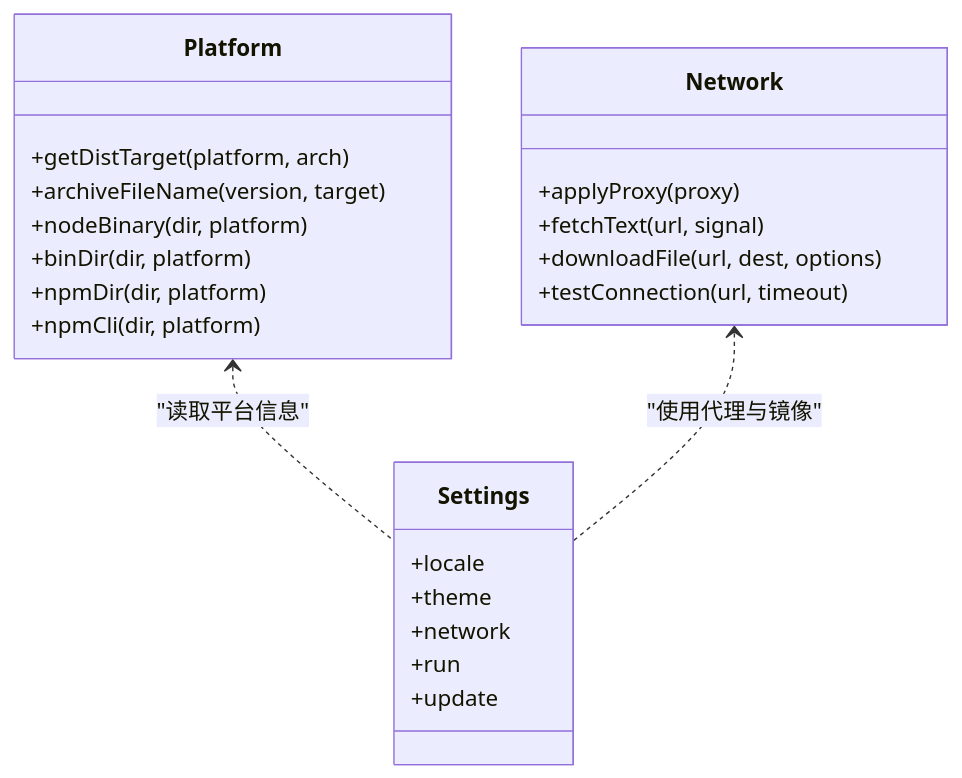
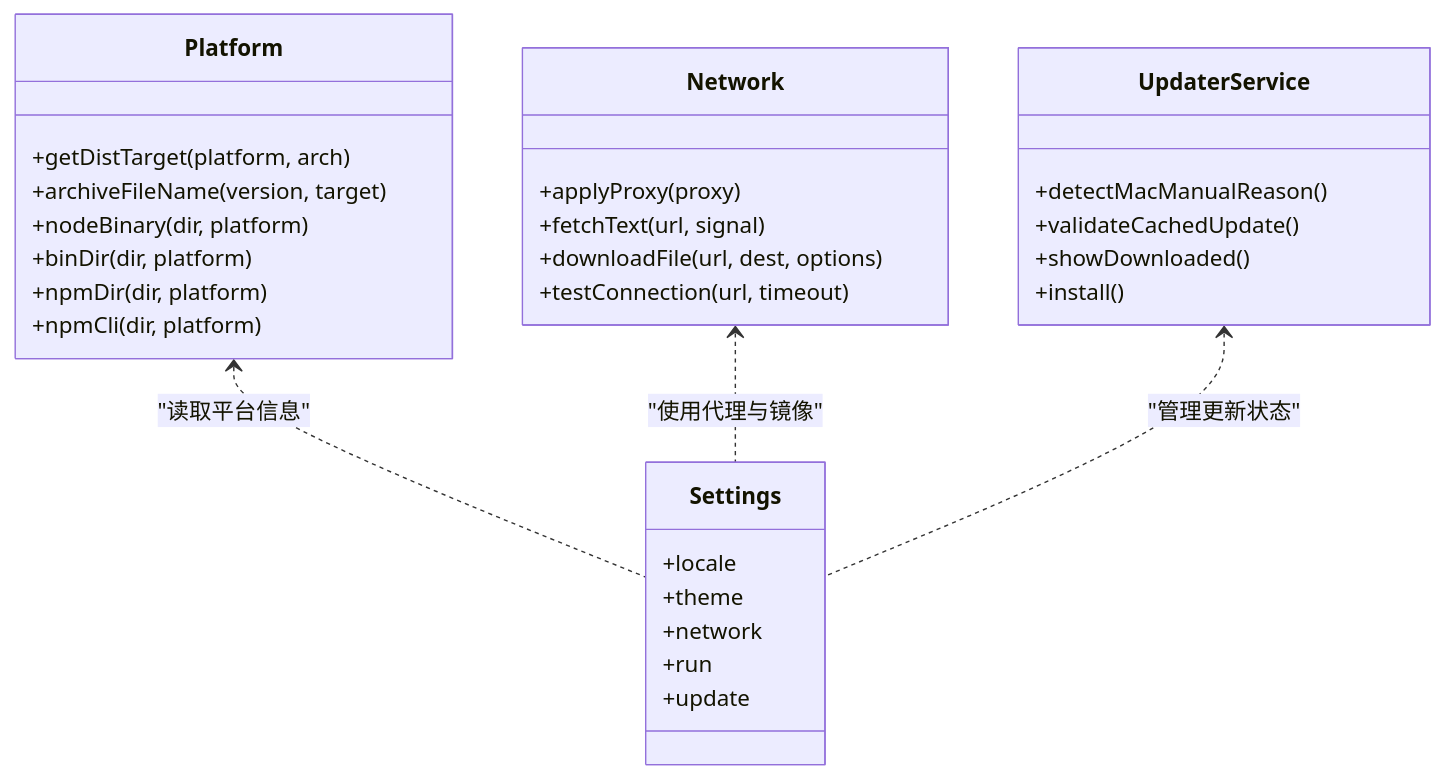
Before and after one commit to hozeeee/script-box: the fifth of 5 diagrams in .qoder/repowiki/zh/content/项目概述/系统要求与支持平台.md, drawn with Mermaid. The commit also changed other lines of this file and 5 other files, not shown here.

````diff
--- a/.qoder/repowiki/zh/content/项目概述/系统要求与支持平台.md
+++ b/.qoder/repowiki/zh/content/项目概述/系统要求与支持平台.md
@@ -224,26 +251,33 @@
 ```mermaid
 classDiagram
 class Platform {
 +getDistTarget(platform, arch)
 +archiveFileName(version, target)
 +nodeBinary(dir, platform)
 +binDir(dir, platform)
 +npmDir(dir, platform)
 +npmCli(dir, platform)
 }
 class Settings {
 +locale
 +theme
 +network
 +run
 +update
 }
 class Network {
 +applyProxy(proxy)
 +fetchText(url, signal)
 +downloadFile(url, dest, options)
 +testConnection(url, timeout)
 }
+class UpdaterService {
++detectMacManualReason()
++validateCachedUpdate()
++showDownloaded()
++install()
+}
 Platform <.. Settings : "读取平台信息"
 Network <.. Settings : "使用代理与镜像"
+UpdaterService <.. Settings : "管理更新状态"
 ```
````
